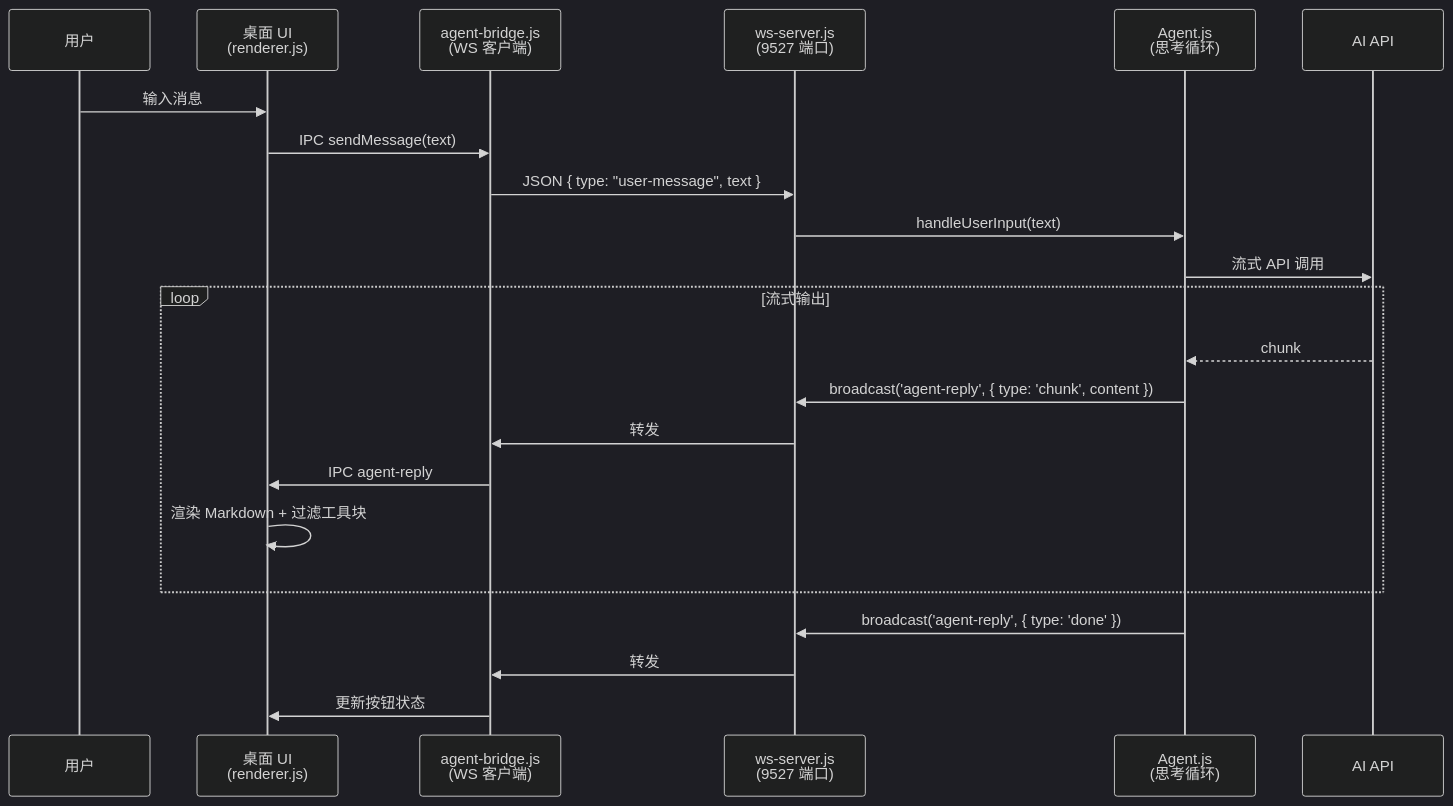
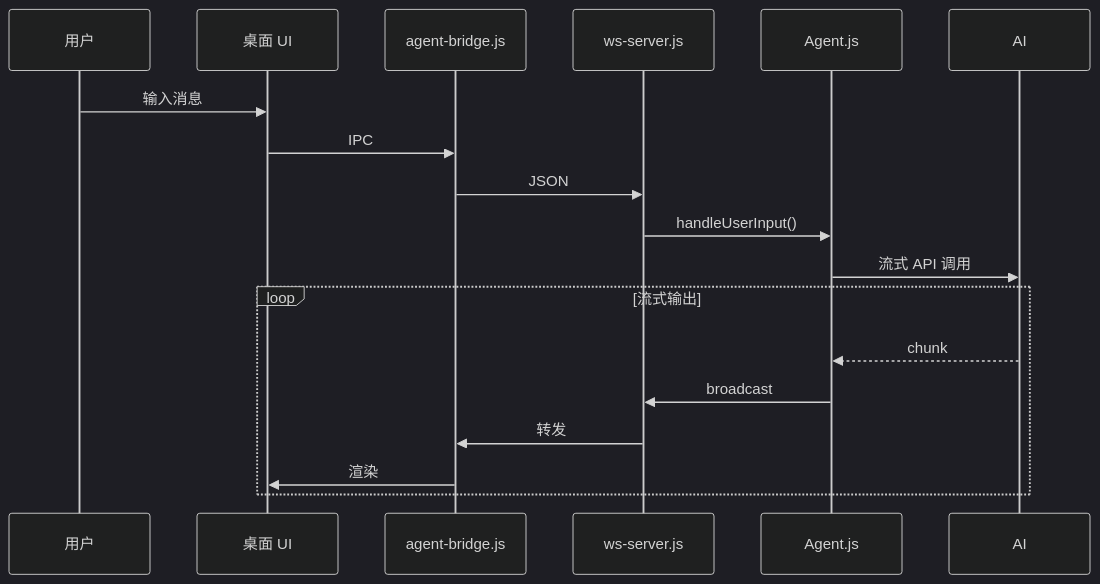
Before and after one commit to 1486853830/CogitoAgent: the fourth of 5 diagrams in README.md, drawn with Mermaid (dark theme). The commit also changed other lines of this file, not shown here.

````diff
--- a/README.md
+++ b/README.md
@@ -122,27 +675,21 @@
 ```mermaid
 sequenceDiagram
     participant User as 用户
-    participant UI as 桌面 UI<br/>(renderer.js)
-    participant Bridge as agent-bridge.js<br/>(WS 客户端)
-    participant WS as ws-server.js<br/>(9527 端口)
-    participant Agent as Agent.js<br/>(思考循环)
-    participant AI as AI API
+    participant UI as 桌面 UI
+    participant Bridge as agent-bridge.js
+    participant WS as ws-server.js
+    participant Agent as Agent.js
 
     User->>UI: 输入消息
-    UI->>Bridge: IPC sendMessage(text)
-    Bridge->>WS: JSON { type: "user-message", text }
-    WS->>Agent: handleUserInput(text)
+    UI->>Bridge: IPC
+    Bridge->>WS: JSON
+    WS->>Agent: handleUserInput()
     Agent->>AI: 流式 API 调用
     
     loop 流式输出
         AI-->>Agent: chunk
-        Agent->>WS: broadcast('agent-reply', { type: 'chunk', content })
+        Agent->>WS: broadcast
         WS->>Bridge: 转发
-        Bridge->>UI: IPC agent-reply
-        UI->>UI: 渲染 Markdown + 过滤工具块
+        Bridge->>UI: 渲染
     end
-    
-    Agent->>WS: broadcast('agent-reply', { type: 'done' })
-    WS->>Bridge: 转发
-    Bridge->>UI: 更新按钮状态
 ```
````
